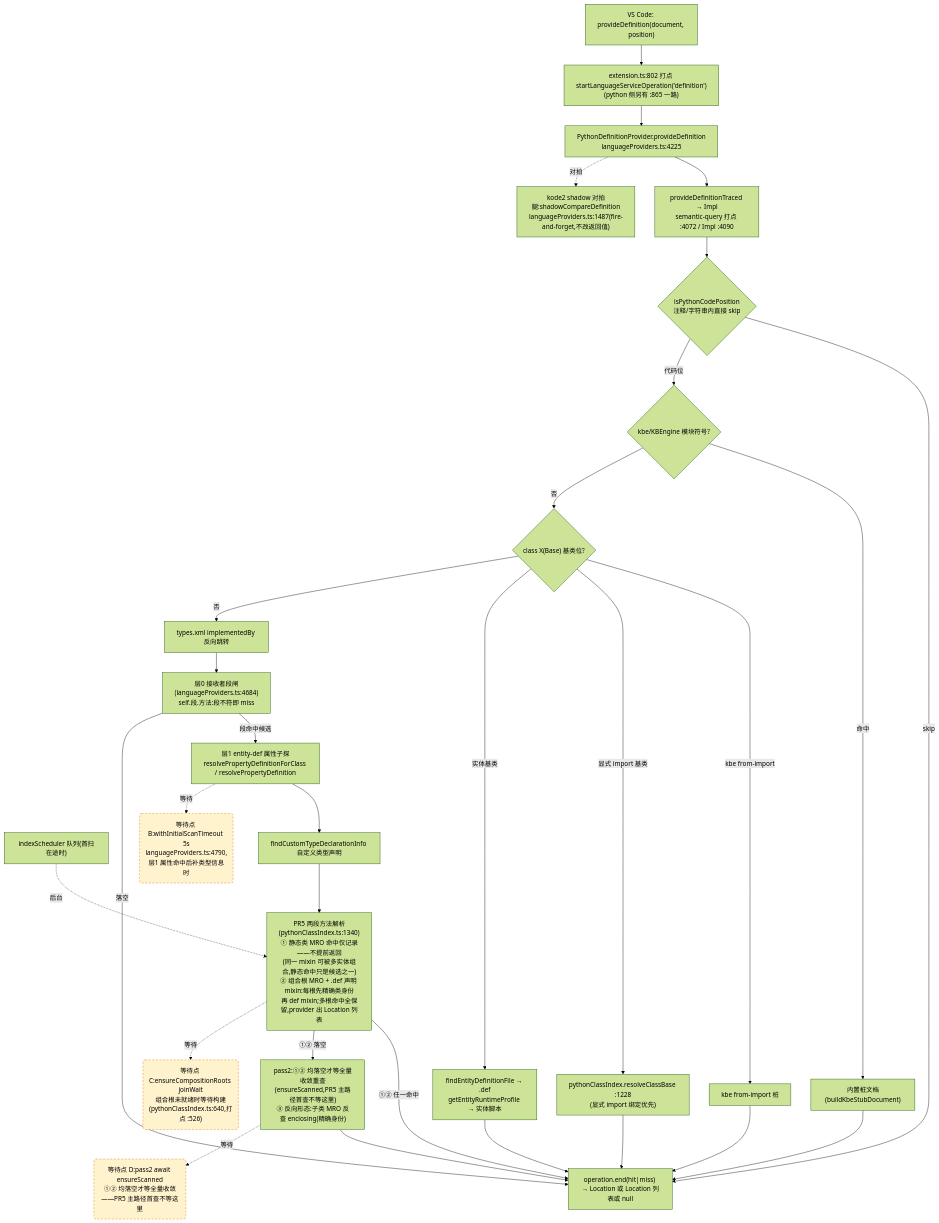
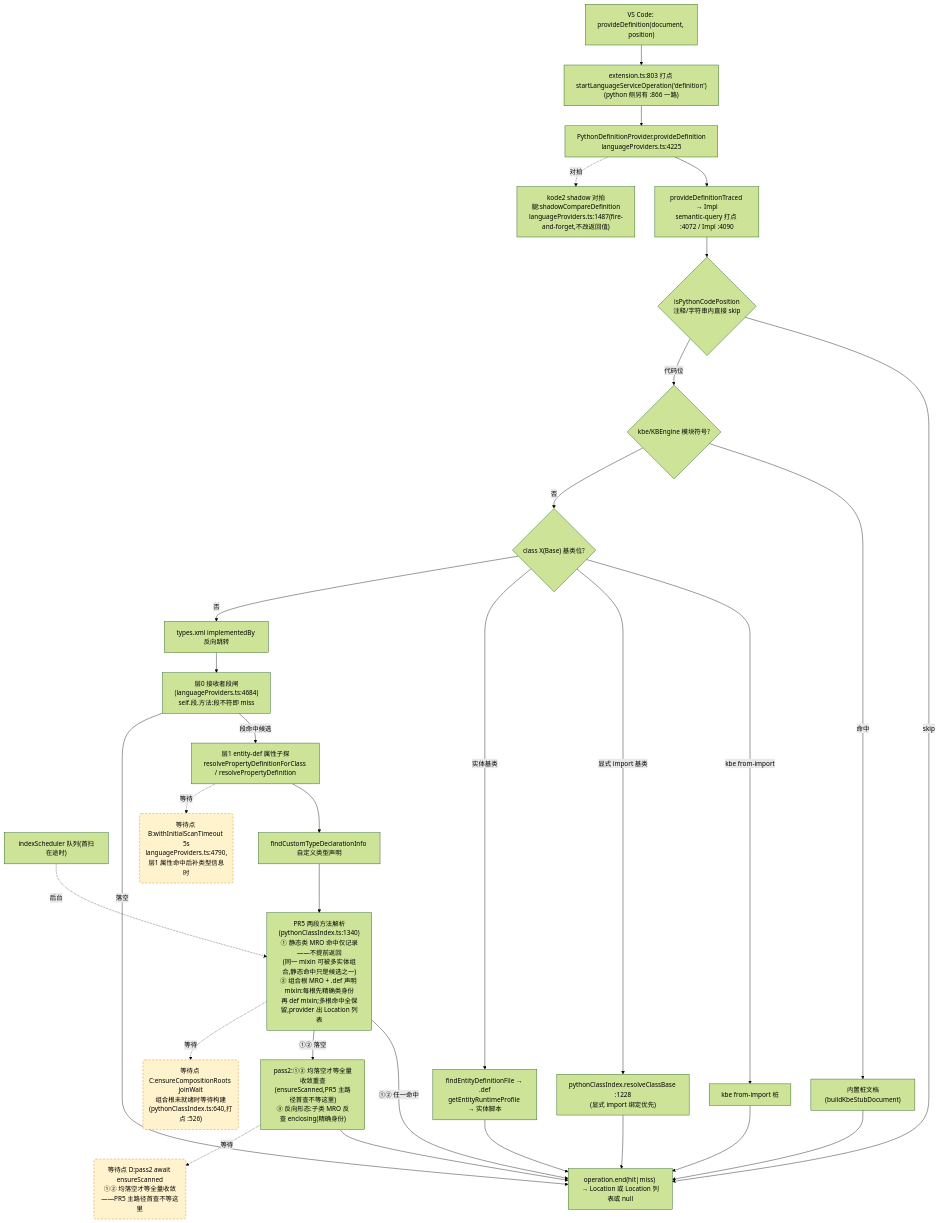
Before and after one commit to cuihairu/kode: the second of 4 diagrams in docs/perf/2026-baseline.md, drawn with Mermaid (forest theme). The commit also changed other lines of this file and 10 other files, not shown here.

Commit message:
perf: parse large def off host thread in schema build

````diff
--- a/docs/perf/2026-baseline.md
+++ b/docs/perf/2026-baseline.md
@@ -130,51 +130,51 @@
 ```mermaid
 flowchart TD
   VC2["VS Code: provideDefinition(document, position)"]
-  M2["extension.ts:802 打点 startLanguageServiceOperation('definition')<br/>(python 侧另有 :865 一路)"]
+  M2["extension.ts:803 打点 startLanguageServiceOperation('definition')<br/>(python 侧另有 :866 一路)"]
   AD2["PythonDefinitionProvider.provideDefinition<br/>languageProviders.ts:4225"]
   TR["provideDefinitionTraced → Impl<br/>semantic-query 打点 :4072 / Impl :4090"]
   CTX{"isPythonCodePosition<br/>注释/字符串内直接 skip"}
   KBE{"kbe/KBEngine 模块符号?"}
   STUB["内置桩文档(buildKbeStubDocument)"]
   CB{"class X(Base) 基类位?"}
   CB1["kbe from-import 桩"]
   CB2["pythonClassIndex.resolveClassBase :1228<br/>(显式 import 绑定优先)"]
   CB3["findEntityDefinitionFile → .def<br/>getEntityRuntimeProfile → 实体脚本"]
   REV["types.xml implementedBy 反向跳转"]
   L0["层0 接收者段闸(languageProviders.ts:4684)<br/>self.段.方法:段不符即 miss"]
   L1["层1 entity-def 属性子探<br/>resolvePropertyDefinitionForClass / resolvePropertyDefinition"]
   SCAN["indexScheduler 队列(首扫在途时)"]
   TY["findCustomTypeDeclarationInfo 自定义类型声明"]
   MRO["PR5 两段方法解析(pythonClassIndex.ts:1340)<br/>① 静态类 MRO 命中仅记录——不提前返回<br/>(同一 mixin 可被多实体组合,静态命中只是候选之一)<br/>② 组合根 MRO + .def 声明 mixin:每根先精确类身份<br/>再 def mixin;多根命中全保留,provider 出 Location 列表"]
   PASS2["pass2:①② 均落空才等全量收敛重查<br/>(ensureScanned,PR5 主路径首查不等这里)<br/>③ 反向形态:子类 MRO 反查 enclosing(精确身份)"]
   SHD["kode2 shadow 对拍腿:shadowCompareDefinition<br/>languageProviders.ts:1487(fire-and-forget,不改返回值)"]
   END2["operation.end(hit|miss) → Location 或 Location 列表或 null"]
 
   VC2 --> M2 --> AD2 --> TR --> CTX
   CTX -- "skip" --> END2
   CTX -- "代码位" --> KBE
   KBE -- "命中" --> STUB --> END2
   KBE -- "否" --> CB
   CB -- "kbe from-import" --> CB1 --> END2
   CB -- "显式 import 基类" --> CB2 --> END2
   CB -- "实体基类" --> CB3 --> END2
   CB -- "否" --> REV --> L0
   L0 -- "段命中候选" --> L1
   L0 -- "落空" --> END2
   L1 --> TY
   TY --> MRO
   MRO -- "①② 任一命中" --> END2
   MRO -- "①② 落空" --> PASS2 --> END2
   AD2 -.->|对拍| SHD
 
   WAITB("等待点 B:withInitialScanTimeout 5s<br/>languageProviders.ts:4790,层1 属性命中后补类型信息时")
   WAITC("等待点 C:ensureCompositionRoots joinWait<br/>组合根未就绪时等待构建(pythonClassIndex.ts:640,打点 :526)")
   WAITD("等待点 D:pass2 await ensureScanned<br/>①② 均落空才等全量收敛——PR5 主路径首查不等这里")
   L1 -.->|等待| WAITB
   MRO -.->|等待| WAITC
   PASS2 -.->|等待| WAITD
   SCAN -.->|后台| MRO
 
   classDef waitPoint fill:#fff3cd,stroke:#d97706,stroke-dasharray:5 4;
   class WAITB,WAITC,WAITD waitPoint;
 ```
````
